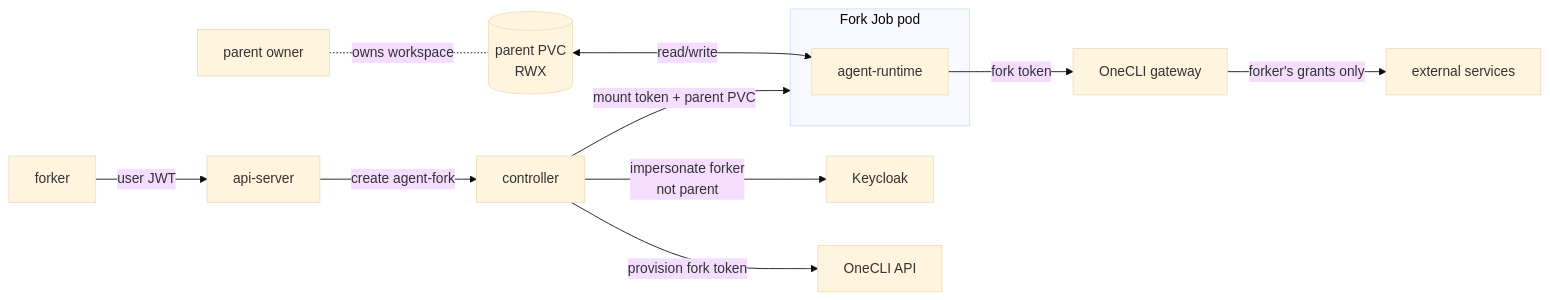
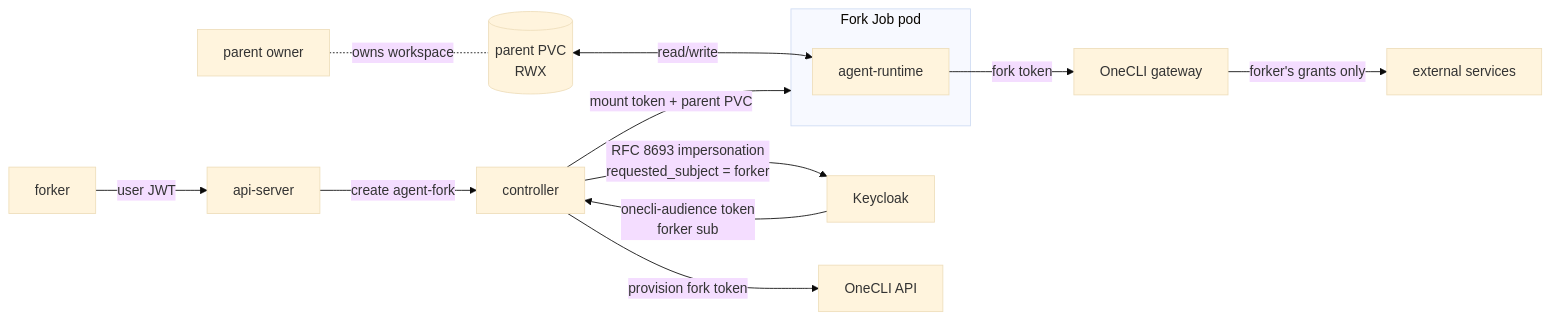
The second of 2 diagrams in docs/architecture/security-and-credentials.md (kagenti/humr), drawn with Mermaid (base theme) before and after one commit. The commit also changed other lines of this file, not shown here.

Commit message:
docs(architecture): show RFC 8693 exchange explicitly on diagrams

````diff
--- a/docs/architecture/security-and-credentials.md
+++ b/docs/architecture/security-and-credentials.md
@@ -153,30 +158,31 @@
 ```mermaid
 flowchart LR
   forker[forker]
   parent[parent owner]
 
   api-server
   controller
   keycloak[Keycloak]
   onecli-api[OneCLI API]
   onecli-gw[OneCLI gateway]
 
   subgraph forkpod[Fork Job pod]
     fork-runtime[agent-runtime]
   end
 
   parent-pvc[(parent PVC<br/>RWX)]
   external[external services]
 
   forker -->|user JWT| api-server
   api-server -->|create agent-fork| controller
-  controller -->|impersonate forker<br/>not parent| keycloak
+  controller -->|RFC 8693 impersonation<br/>requested_subject = forker| keycloak
+  keycloak -->|onecli-audience token<br/>forker sub| controller
   controller -->|provision fork token| onecli-api
   controller -->|mount token + parent PVC| forkpod
 
   parent-pvc <-->|read/write| fork-runtime
   parent -.owns workspace.- parent-pvc
 
   fork-runtime -->|fork token| onecli-gw
   onecli-gw -->|forker's grants only| external
 ```
````
